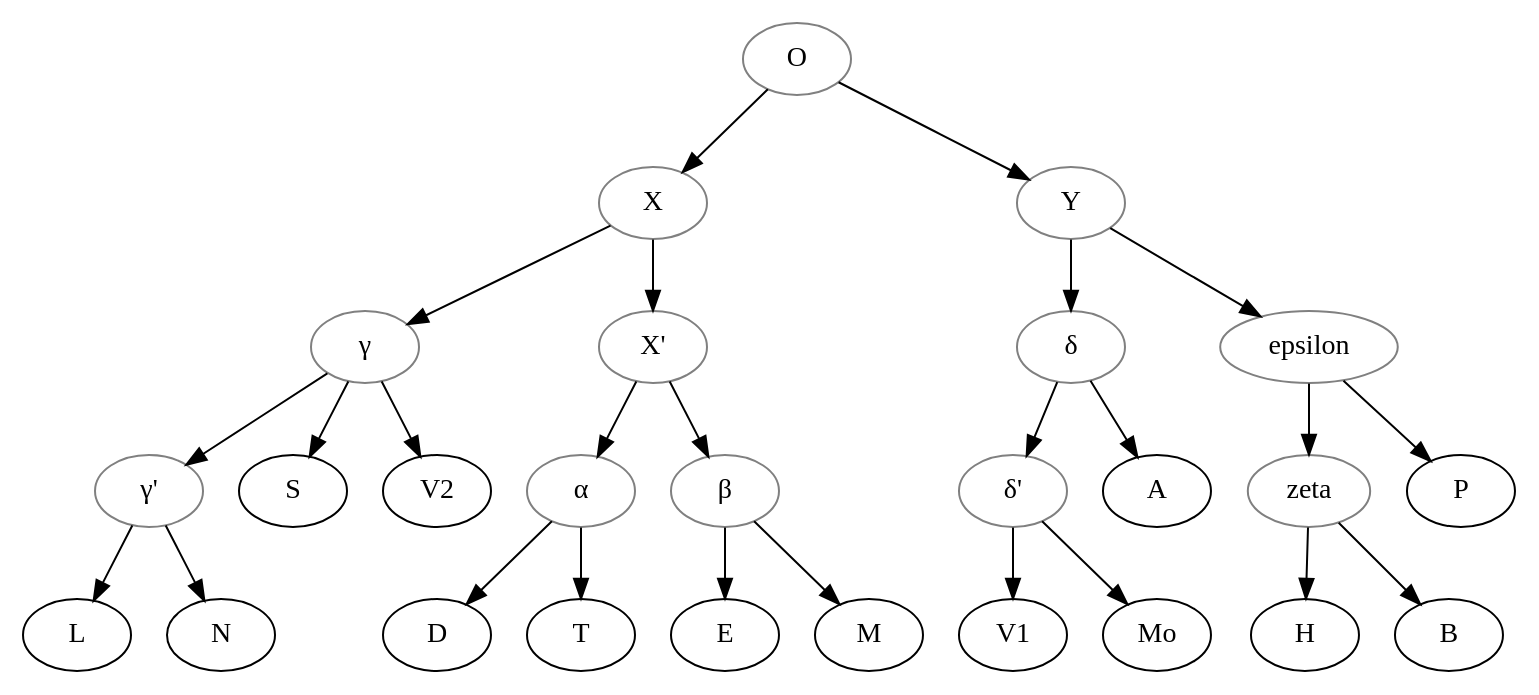
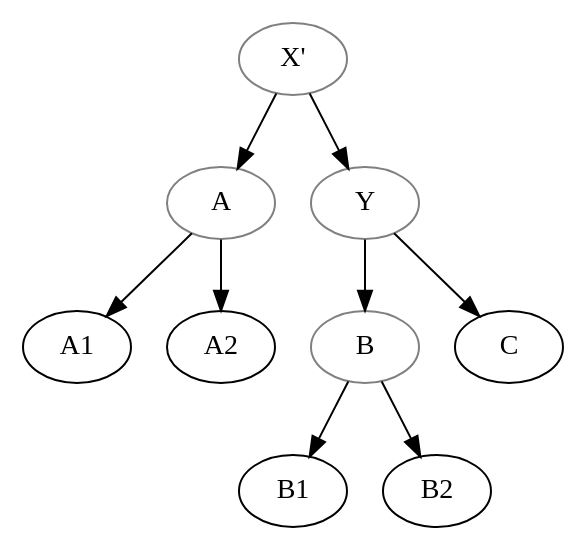
One commit to OpenStemmata/database changed the diagram in data/fro/Demaison_1887_NA/stemma.gv. Above: the diagram before and after it, drawn with Graphviz. The commit also changed 65 other files, not shown here.

```diff
--- a/data/fro/Demaison_1887_NA/stemma.gv
+++ b/data/fro/Demaison_1887_NA/stemma.gv
@@ -1,39 +1,14 @@
 digraph {
-alpha[label="α", color="grey"];
-beta[label="β", color="grey"];
-delta[label="δ", color="grey"];
-deltaprime[label="δ'", color="grey"];
-epsilon[color="grey"];
-gamma[label="γ", color="grey"];
-gammaprime[label="γ'", color="grey"];
-O[color="grey"];
-X[color="grey"];
+A[color="grey"];
+B[color="grey"];
 Xprime[label="X'", color="grey"];
 Y[color="grey"];
-zeta[color="grey"];
-O->X;
-X->Xprime;
-Xprime->alpha;
-alpha->D;
-alpha->T;
-Xprime->beta;
-beta->E;
-beta->M;
-X->gamma;
-gamma->S;
-gamma->V2;
-gamma->gammaprime;
-gammaprime->L;
-gammaprime->N;
-O->Y;
-Y->delta;
-delta->A;
-delta->deltaprime;
-deltaprime->V1;
-deltaprime->Mo;
-Y->epsilon;
-epsilon->zeta;
-zeta->H;
-zeta->B;
-epsilon->P;
+Xprime->A;
+A->A1;
+A->A2;
+Xprime->Y;
+Y->B;
+B->B1;
+B->B2;
+Y->C;
 }
```
